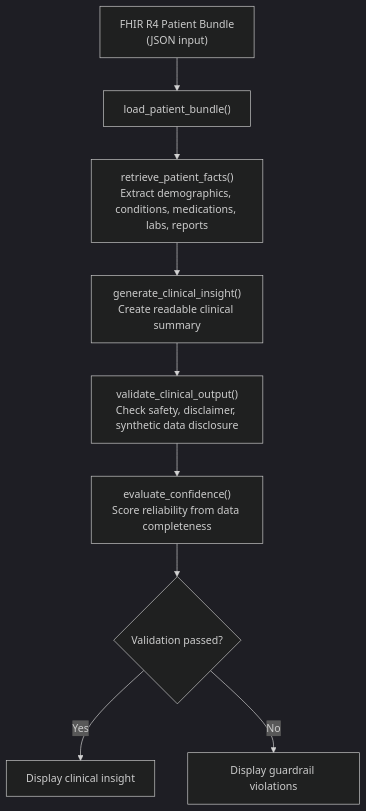
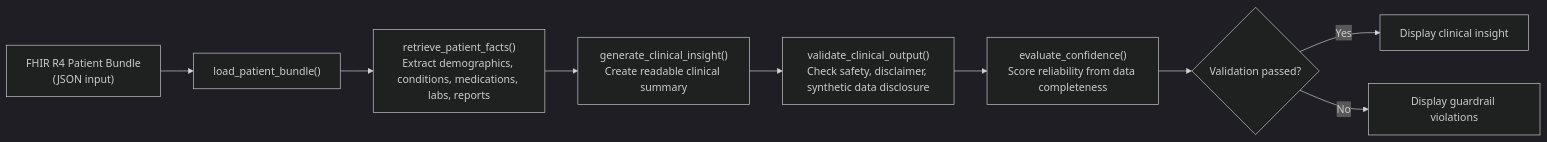
The diagram in README.md (nabrissakhan/clinical-insight-engine), drawn with Mermaid (dark theme) before and after one commit. The commit also changed other lines of this file, not shown here.

Commit message:
Fix Mermaid diagram rendering (remove space in code fence)

````diff
--- a/README.md
+++ b/README.md
@@ -31,11 +50,11 @@
 ```mermaid
-flowchart TD
+flowchart LR
     A["FHIR R4 Patient Bundle<br/>(JSON input)"] --> B["load_patient_bundle()"]
     B --> C["retrieve_patient_facts()<br/>Extract demographics, conditions, medications, labs, reports"]
     C --> D["generate_clinical_insight()<br/>Create readable clinical summary"]
     D --> E["validate_clinical_output()<br/>Check safety, disclaimer, synthetic data disclosure"]
     E --> F["evaluate_confidence()<br/>Score reliability from data completeness"]
     F --> G{"Validation passed?"}
     G -->|Yes| H["Display clinical insight"]
     G -->|No| I["Display guardrail violations"]
 ```
````
